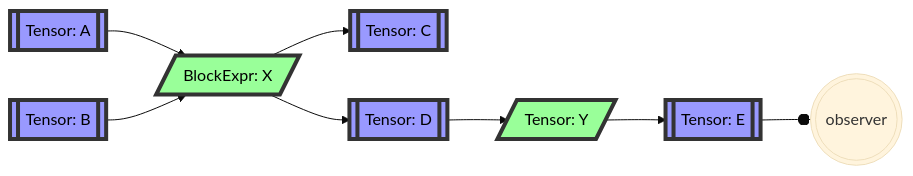
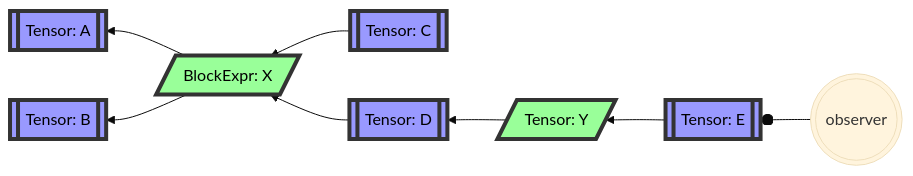
Before and after one commit to crutcher/tapestry: the second of 5 diagrams in java/src/main/java/loom/expressions/README.md, drawn with Mermaid (base theme). The commit also changed other lines of this file, not shown here.

````diff
--- a/java/src/main/java/loom/expressions/README.md
+++ b/java/src/main/java/loom/expressions/README.md
@@ -38,29 +42,29 @@
 ```mermaid
-flowchart LR
+flowchart RL
   classDef tensorValue fill:#99f,stroke:#333,stroke-width:4px,color:#000;
   classDef exprValue fill:#9f9,stroke:#333,stroke-width:4px,color:#000;
   
   A[["Tensor: A"]]
   B[["Tensor: B"]]
   class A,B tensorValue;
   
-  A --> X;
-  B --> X;
+  X --> A;
+  X --> B;
   X[/"BlockExpr: X"/]
   class X exprValue;
   C[["Tensor: C"]]
   D[["Tensor: D"]]
   class C,D tensorValue;
-  X --> C;
-  X --> D;
+  C --> X;
+  D --> X;
   
-  D --> Y;
+  Y --> D;
   Y[/"Tensor: Y"/]
   class Y exprValue;
   E[["Tensor: E"]]
   class E tensorValue;
-  Y --> E;
+  E --> Y;
   
   obs(((observer)));
-  E --o obs;
+  obs --o E;
 ```
````
